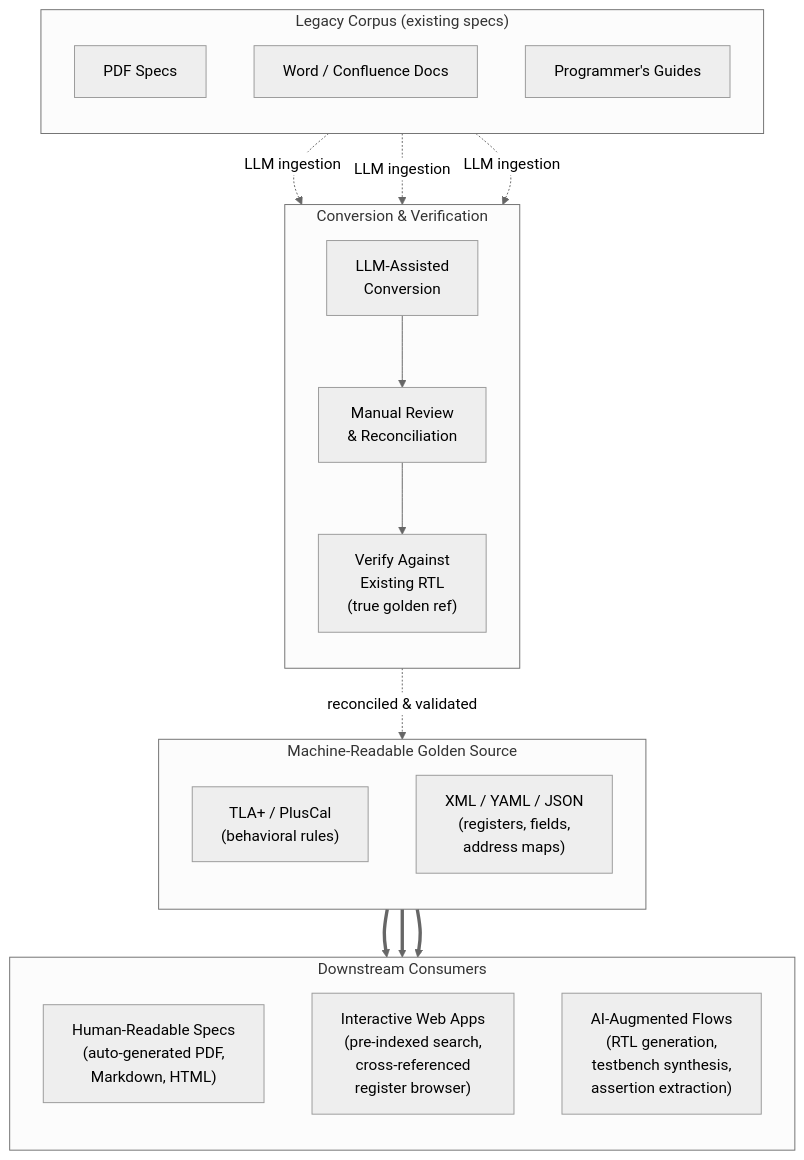
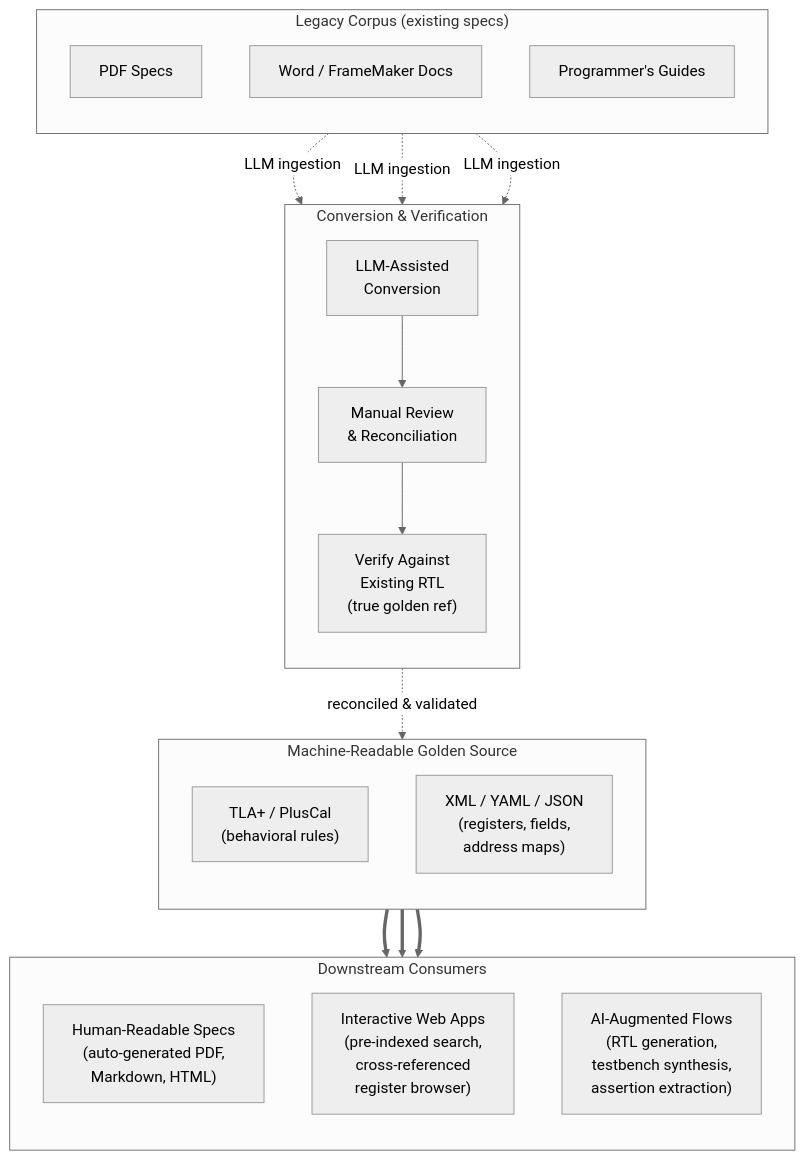
The diagram in _posts/2026-02-16-machine-readable-specs-single-source-of-truth.md (fschmole/fschmole.github.io), drawn with Mermaid (neutral theme) before and after one commit. The commit also changed other lines of this file and 2 other files, not shown here.

````diff
--- a/_posts/2026-02-16-machine-readable-specs-single-source-of-truth.md
+++ b/_posts/2026-02-16-machine-readable-specs-single-source-of-truth.md
@@ -46,40 +46,40 @@
 ```mermaid
 flowchart TD
     subgraph legacy["Legacy Corpus (existing specs)"]
         direction TB
         PDF_OLD["PDF Specs"]
-        WORD_OLD["Word / Confluence Docs"]
+        WORD_OLD["Word / FrameMaker Docs"]
         PG_OLD["Programmer's Guides"]
     end
 
     subgraph conversion["Conversion & Verification"]
         direction TB
         LLM_CONVERT["LLM-Assisted<br/>Conversion"]
         MANUAL_REVIEW["Manual Review<br/>& Reconciliation"]
         RTL_VERIFY["Verify Against<br/>Existing RTL<br/>(true golden ref)"]
     end
 
     subgraph golden["Machine-Readable Golden Source"]
         direction TB
         TLA["TLA+ / PlusCal<br/>(behavioral rules)"]
         STRUCT["XML / YAML / JSON<br/>(registers, fields,<br/>address maps)"]
     end
 
     subgraph consumers["Downstream Consumers"]
         direction TB
         HUMAN_SPEC["Human-Readable Specs<br/>(auto-generated PDF,<br/>Markdown, HTML)"]
         WEB_APP["Interactive Web Apps<br/>(pre-indexed search,<br/>cross-referenced<br/>register browser)"]
         AI_FLOW["AI-Augmented Flows<br/>(RTL generation,<br/>testbench synthesis,<br/>assertion extraction)"]
     end
 
     PDF_OLD -. "LLM ingestion" .-> LLM_CONVERT
     WORD_OLD -. "LLM ingestion" .-> LLM_CONVERT
     PG_OLD -. "LLM ingestion" .-> LLM_CONVERT
     LLM_CONVERT --> MANUAL_REVIEW
     MANUAL_REVIEW --> RTL_VERIFY
     RTL_VERIFY -. "reconciled & validated" .-> golden
 
     golden ==> HUMAN_SPEC
     golden ==> WEB_APP
     golden ==> AI_FLOW
 ```
````
